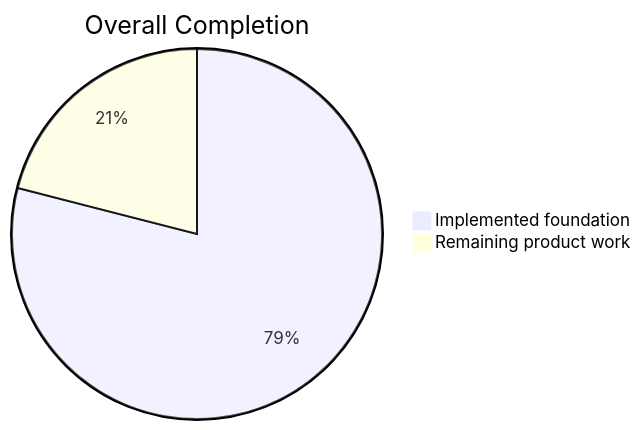
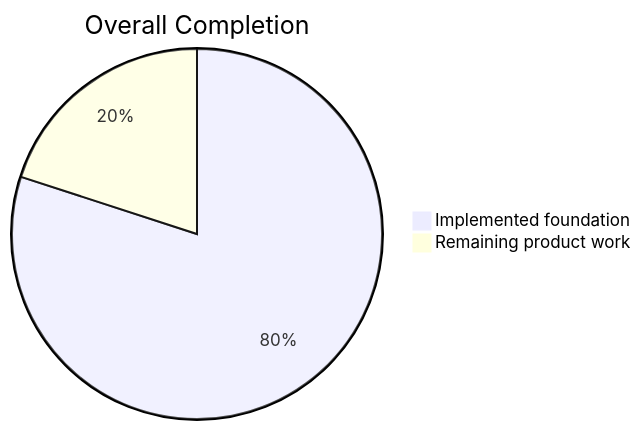
The first of 5 diagrams in README.md (lingmulongtai/GlyphRay), drawn with Mermaid before and after one commit. The commit also changed other lines of this file and 17 other files, not shown here.

````diff
--- a/README.md
+++ b/README.md
@@ -15,5 +15,5 @@
 ```mermaid
 pie title Overall Completion
-  "Implemented foundation" : 79
-  "Remaining product work" : 21
+  "Implemented foundation" : 80
+  "Remaining product work" : 20
 ```
````
